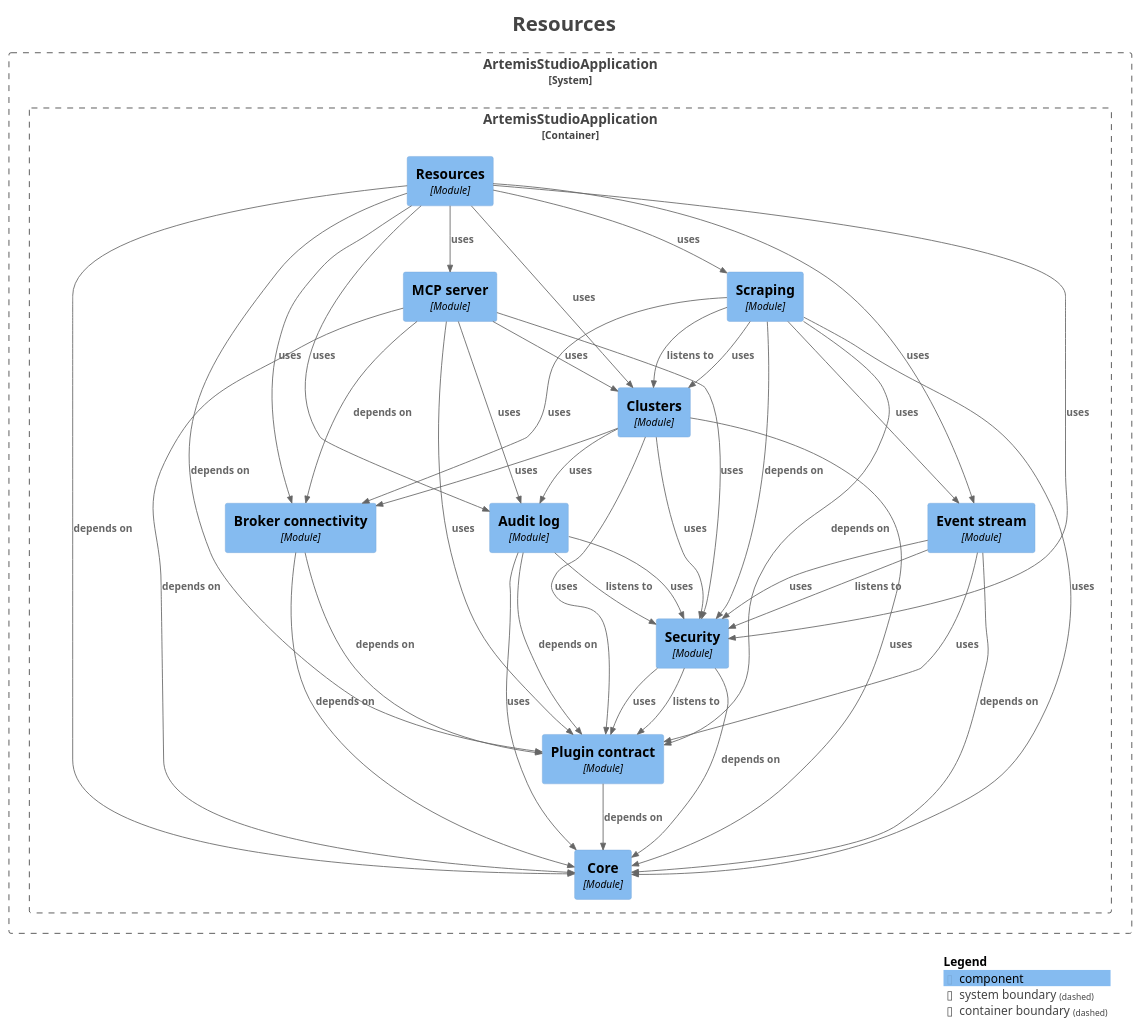
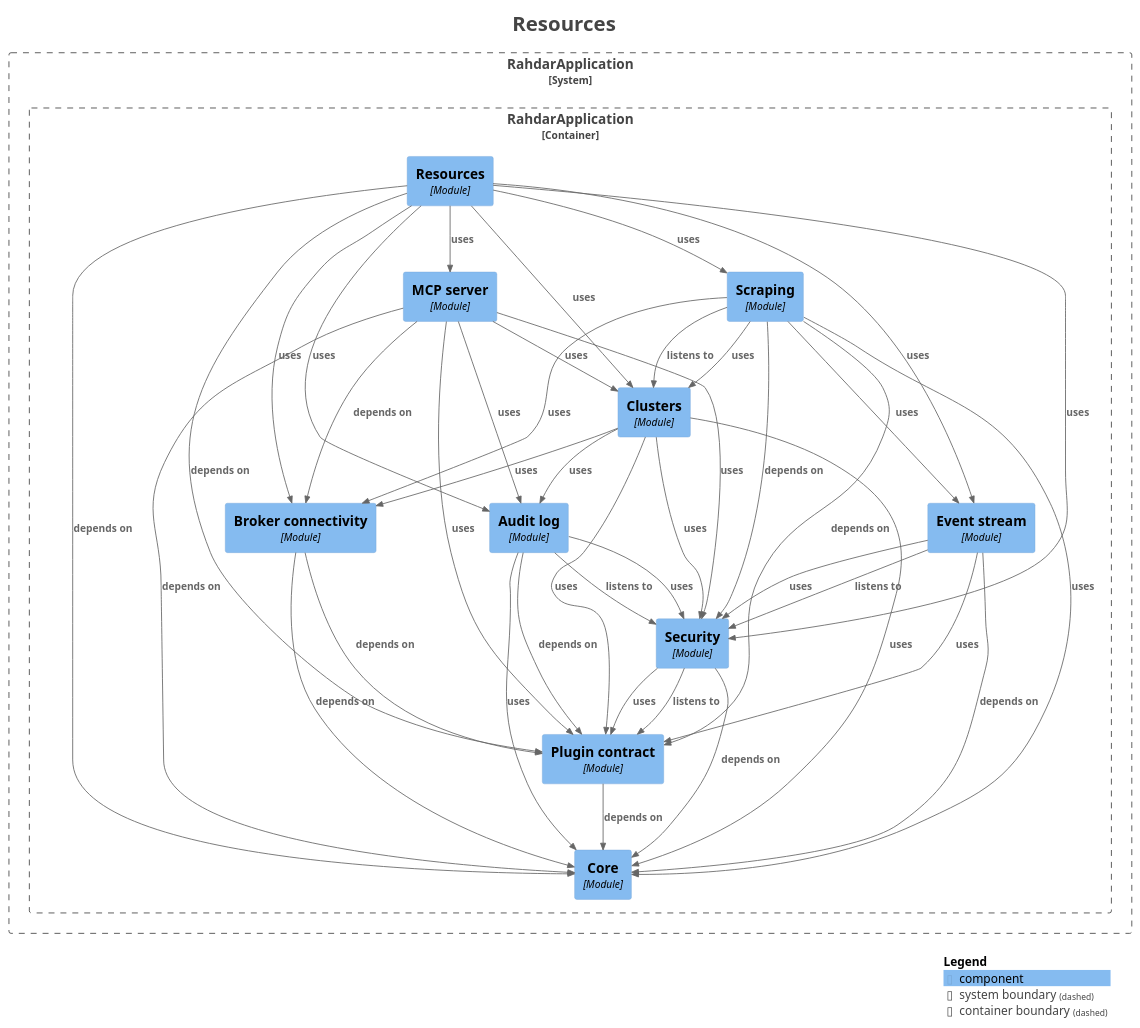
The diagram in docs/modules/module-feature.resources.puml (sudoitir/artemis-studio), drawn with PlantUML before and after one commit. The commit also changed 4323 other files, not shown here.

```diff
--- a/docs/modules/module-feature.resources.puml
+++ b/docs/modules/module-feature.resources.puml
@@ -15,63 +15,63 @@
 !include <C4/C4_Context>
 !include <C4/C4_Component>
 
-System_Boundary("ArtemisStudioApplication_boundary", "ArtemisStudioApplication", $tags="") {
-  Container_Boundary("ArtemisStudioApplication.ArtemisStudioApplication_boundary", "ArtemisStudioApplication", $tags="") {
-    Component(ArtemisStudioApplication.ArtemisStudioApplication.Auditlog, "Audit log", $techn="Module", $descr="", $tags="", $link="")
-    Component(ArtemisStudioApplication.ArtemisStudioApplication.Brokerconnectivity, "Broker connectivity", $techn="Module", $descr="", $tags="", $link="")
-    Component(ArtemisStudioApplication.ArtemisStudioApplication.Clusters, "Clusters", $techn="Module", $descr="", $tags="", $link="")
-    Component(ArtemisStudioApplication.ArtemisStudioApplication.Core, "Core", $techn="Module", $descr="", $tags="", $link="")
-    Component(ArtemisStudioApplication.ArtemisStudioApplication.Eventstream, "Event stream", $techn="Module", $descr="", $tags="", $link="")
-    Component(ArtemisStudioApplication.ArtemisStudioApplication.MCPserver, "MCP server", $techn="Module", $descr="", $tags="", $link="")
-    Component(ArtemisStudioApplication.ArtemisStudioApplication.Plugincontract, "Plugin contract", $techn="Module", $descr="", $tags="", $link="")
-    Component(ArtemisStudioApplication.ArtemisStudioApplication.Resources, "Resources", $techn="Module", $descr="", $tags="", $link="")
-    Component(ArtemisStudioApplication.ArtemisStudioApplication.Scraping, "Scraping", $techn="Module", $descr="", $tags="", $link="")
-    Component(ArtemisStudioApplication.ArtemisStudioApplication.Security, "Security", $techn="Module", $descr="", $tags="", $link="")
+System_Boundary("RahdarApplication_boundary", "RahdarApplication", $tags="") {
+  Container_Boundary("RahdarApplication.RahdarApplication_boundary", "RahdarApplication", $tags="") {
+    Component(RahdarApplication.RahdarApplication.Auditlog, "Audit log", $techn="Module", $descr="", $tags="", $link="")
+    Component(RahdarApplication.RahdarApplication.Brokerconnectivity, "Broker connectivity", $techn="Module", $descr="", $tags="", $link="")
+    Component(RahdarApplication.RahdarApplication.Clusters, "Clusters", $techn="Module", $descr="", $tags="", $link="")
+    Component(RahdarApplication.RahdarApplication.Core, "Core", $techn="Module", $descr="", $tags="", $link="")
+    Component(RahdarApplication.RahdarApplication.Eventstream, "Event stream", $techn="Module", $descr="", $tags="", $link="")
+    Component(RahdarApplication.RahdarApplication.MCPserver, "MCP server", $techn="Module", $descr="", $tags="", $link="")
+    Component(RahdarApplication.RahdarApplication.Plugincontract, "Plugin contract", $techn="Module", $descr="", $tags="", $link="")
+    Component(RahdarApplication.RahdarApplication.Resources, "Resources", $techn="Module", $descr="", $tags="", $link="")
+    Component(RahdarApplication.RahdarApplication.Scraping, "Scraping", $techn="Module", $descr="", $tags="", $link="")
+    Component(RahdarApplication.RahdarApplication.Security, "Security", $techn="Module", $descr="", $tags="", $link="")
   }
 
 }
 
-Rel(ArtemisStudioApplication.ArtemisStudioApplication.Auditlog, ArtemisStudioApplication.ArtemisStudioApplication.Core, "uses", $techn="", $tags="", $link="")
-Rel(ArtemisStudioApplication.ArtemisStudioApplication.Auditlog, ArtemisStudioApplication.ArtemisStudioApplication.Plugincontract, "depends on", $techn="", $tags="", $link="")
-Rel(ArtemisStudioApplication.ArtemisStudioApplication.Auditlog, ArtemisStudioApplication.ArtemisStudioApplication.Security, "listens to", $techn="", $tags="", $link="")
-Rel(ArtemisStudioApplication.ArtemisStudioApplication.Auditlog, ArtemisStudioApplication.ArtemisStudioApplication.Security, "uses", $techn="", $tags="", $link="")
-Rel(ArtemisStudioApplication.ArtemisStudioApplication.Brokerconnectivity, ArtemisStudioApplication.ArtemisStudioApplication.Core, "depends on", $techn="", $tags="", $link="")
-Rel(ArtemisStudioApplication.ArtemisStudioApplication.Brokerconnectivity, ArtemisStudioApplication.ArtemisStudioApplication.Plugincontract, "depends on", $techn="", $tags="", $link="")
-Rel(ArtemisStudioApplication.ArtemisStudioApplication.Clusters, ArtemisStudioApplication.ArtemisStudioApplication.Auditlog, "uses", $techn="", $tags="", $link="")
-Rel(ArtemisStudioApplication.ArtemisStudioApplication.Clusters, ArtemisStudioApplication.ArtemisStudioApplication.Brokerconnectivity, "uses", $techn="", $tags="", $link="")
-Rel(ArtemisStudioApplication.ArtemisStudioApplication.Clusters, ArtemisStudioApplication.ArtemisStudioApplication.Core, "uses", $techn="", $tags="", $link="")
-Rel(ArtemisStudioApplication.ArtemisStudioApplication.Clusters, ArtemisStudioApplication.ArtemisStudioApplication.Plugincontract, "uses", $techn="", $tags="", $link="")
-Rel(ArtemisStudioApplication.ArtemisStudioApplication.Clusters, ArtemisStudioApplication.ArtemisStudioApplication.Security, "uses", $techn="", $tags="", $link="")
-Rel(ArtemisStudioApplication.ArtemisStudioApplication.Eventstream, ArtemisStudioApplication.ArtemisStudioApplication.Core, "depends on", $techn="", $tags="", $link="")
-Rel(ArtemisStudioApplication.ArtemisStudioApplication.Eventstream, ArtemisStudioApplication.ArtemisStudioApplication.Plugincontract, "uses", $techn="", $tags="", $link="")
-Rel(ArtemisStudioApplication.ArtemisStudioApplication.Eventstream, ArtemisStudioApplication.ArtemisStudioApplication.Security, "listens to", $techn="", $tags="", $link="")
-Rel(ArtemisStudioApplication.ArtemisStudioApplication.Eventstream, ArtemisStudioApplication.ArtemisStudioApplication.Security, "uses", $techn="", $tags="", $link="")
-Rel(ArtemisStudioApplication.ArtemisStudioApplication.MCPserver, ArtemisStudioApplication.ArtemisStudioApplication.Auditlog, "uses", $techn="", $tags="", $link="")
-Rel(ArtemisStudioApplication.ArtemisStudioApplication.MCPserver, ArtemisStudioApplication.ArtemisStudioApplication.Brokerconnectivity, "depends on", $techn="", $tags="", $link="")
-Rel(ArtemisStudioApplication.ArtemisStudioApplication.MCPserver, ArtemisStudioApplication.ArtemisStudioApplication.Clusters, "uses", $techn="", $tags="", $link="")
-Rel(ArtemisStudioApplication.ArtemisStudioApplication.MCPserver, ArtemisStudioApplication.ArtemisStudioApplication.Core, "depends on", $techn="", $tags="", $link="")
-Rel(ArtemisStudioApplication.ArtemisStudioApplication.MCPserver, ArtemisStudioApplication.ArtemisStudioApplication.Plugincontract, "uses", $techn="", $tags="", $link="")
-Rel(ArtemisStudioApplication.ArtemisStudioApplication.MCPserver, ArtemisStudioApplication.ArtemisStudioApplication.Security, "uses", $techn="", $tags="", $link="")
-Rel(ArtemisStudioApplication.ArtemisStudioApplication.Plugincontract, ArtemisStudioApplication.ArtemisStudioApplication.Core, "depends on", $techn="", $tags="", $link="")
-Rel(ArtemisStudioApplication.ArtemisStudioApplication.Resources, ArtemisStudioApplication.ArtemisStudioApplication.Auditlog, "uses", $techn="", $tags="", $link="")
-Rel(ArtemisStudioApplication.ArtemisStudioApplication.Resources, ArtemisStudioApplication.ArtemisStudioApplication.Brokerconnectivity, "uses", $techn="", $tags="", $link="")
-Rel(ArtemisStudioApplication.ArtemisStudioApplication.Resources, ArtemisStudioApplication.ArtemisStudioApplication.Clusters, "uses", $techn="", $tags="", $link="")
-Rel(ArtemisStudioApplication.ArtemisStudioApplication.Resources, ArtemisStudioApplication.ArtemisStudioApplication.Core, "depends on", $techn="", $tags="", $link="")
-Rel(ArtemisStudioApplication.ArtemisStudioApplication.Resources, ArtemisStudioApplication.ArtemisStudioApplication.Eventstream, "uses", $techn="", $tags="", $link="")
-Rel(ArtemisStudioApplication.ArtemisStudioApplication.Resources, ArtemisStudioApplication.ArtemisStudioApplication.MCPserver, "uses", $techn="", $tags="", $link="")
-Rel(ArtemisStudioApplication.ArtemisStudioApplication.Resources, ArtemisStudioApplication.ArtemisStudioApplication.Plugincontract, "depends on", $techn="", $tags="", $link="")
-Rel(ArtemisStudioApplication.ArtemisStudioApplication.Resources, ArtemisStudioApplication.ArtemisStudioApplication.Scraping, "uses", $techn="", $tags="", $link="")
-Rel(ArtemisStudioApplication.ArtemisStudioApplication.Resources, ArtemisStudioApplication.ArtemisStudioApplication.Security, "uses", $techn="", $tags="", $link="")
-Rel(ArtemisStudioApplication.ArtemisStudioApplication.Scraping, ArtemisStudioApplication.ArtemisStudioApplication.Brokerconnectivity, "uses", $techn="", $tags="", $link="")
-Rel(ArtemisStudioApplication.ArtemisStudioApplication.Scraping, ArtemisStudioApplication.ArtemisStudioApplication.Clusters, "listens to", $techn="", $tags="", $link="")
-Rel(ArtemisStudioApplication.ArtemisStudioApplication.Scraping, ArtemisStudioApplication.ArtemisStudioApplication.Clusters, "uses", $techn="", $tags="", $link="")
-Rel(ArtemisStudioApplication.ArtemisStudioApplication.Scraping, ArtemisStudioApplication.ArtemisStudioApplication.Core, "uses", $techn="", $tags="", $link="")
-Rel(ArtemisStudioApplication.ArtemisStudioApplication.Scraping, ArtemisStudioApplication.ArtemisStudioApplication.Eventstream, "uses", $techn="", $tags="", $link="")
-Rel(ArtemisStudioApplication.ArtemisStudioApplication.Scraping, ArtemisStudioApplication.ArtemisStudioApplication.Plugincontract, "depends on", $techn="", $tags="", $link="")
-Rel(ArtemisStudioApplication.ArtemisStudioApplication.Scraping, ArtemisStudioApplication.ArtemisStudioApplication.Security, "depends on", $techn="", $tags="", $link="")
-Rel(ArtemisStudioApplication.ArtemisStudioApplication.Security, ArtemisStudioApplication.ArtemisStudioApplication.Core, "depends on", $techn="", $tags="", $link="")
-Rel(ArtemisStudioApplication.ArtemisStudioApplication.Security, ArtemisStudioApplication.ArtemisStudioApplication.Plugincontract, "listens to", $techn="", $tags="", $link="")
-Rel(ArtemisStudioApplication.ArtemisStudioApplication.Security, ArtemisStudioApplication.ArtemisStudioApplication.Plugincontract, "uses", $techn="", $tags="", $link="")
+Rel(RahdarApplication.RahdarApplication.Auditlog, RahdarApplication.RahdarApplication.Core, "uses", $techn="", $tags="", $link="")
+Rel(RahdarApplication.RahdarApplication.Auditlog, RahdarApplication.RahdarApplication.Plugincontract, "depends on", $techn="", $tags="", $link="")
+Rel(RahdarApplication.RahdarApplication.Auditlog, RahdarApplication.RahdarApplication.Security, "listens to", $techn="", $tags="", $link="")
+Rel(RahdarApplication.RahdarApplication.Auditlog, RahdarApplication.RahdarApplication.Security, "uses", $techn="", $tags="", $link="")
+Rel(RahdarApplication.RahdarApplication.Brokerconnectivity, RahdarApplication.RahdarApplication.Core, "depends on", $techn="", $tags="", $link="")
+Rel(RahdarApplication.RahdarApplication.Brokerconnectivity, RahdarApplication.RahdarApplication.Plugincontract, "depends on", $techn="", $tags="", $link="")
+Rel(RahdarApplication.RahdarApplication.Clusters, RahdarApplication.RahdarApplication.Auditlog, "uses", $techn="", $tags="", $link="")
+Rel(RahdarApplication.RahdarApplication.Clusters, RahdarApplication.RahdarApplication.Brokerconnectivity, "uses", $techn="", $tags="", $link="")
+Rel(RahdarApplication.RahdarApplication.Clusters, RahdarApplication.RahdarApplication.Core, "uses", $techn="", $tags="", $link="")
+Rel(RahdarApplication.RahdarApplication.Clusters, RahdarApplication.RahdarApplication.Plugincontract, "uses", $techn="", $tags="", $link="")
+Rel(RahdarApplication.RahdarApplication.Clusters, RahdarApplication.RahdarApplication.Security, "uses", $techn="", $tags="", $link="")
+Rel(RahdarApplication.RahdarApplication.Eventstream, RahdarApplication.RahdarApplication.Core, "depends on", $techn="", $tags="", $link="")
+Rel(RahdarApplication.RahdarApplication.Eventstream, RahdarApplication.RahdarApplication.Plugincontract, "uses", $techn="", $tags="", $link="")
+Rel(RahdarApplication.RahdarApplication.Eventstream, RahdarApplication.RahdarApplication.Security, "listens to", $techn="", $tags="", $link="")
+Rel(RahdarApplication.RahdarApplication.Eventstream, RahdarApplication.RahdarApplication.Security, "uses", $techn="", $tags="", $link="")
+Rel(RahdarApplication.RahdarApplication.MCPserver, RahdarApplication.RahdarApplication.Auditlog, "uses", $techn="", $tags="", $link="")
+Rel(RahdarApplication.RahdarApplication.MCPserver, RahdarApplication.RahdarApplication.Brokerconnectivity, "depends on", $techn="", $tags="", $link="")
+Rel(RahdarApplication.RahdarApplication.MCPserver, RahdarApplication.RahdarApplication.Clusters, "uses", $techn="", $tags="", $link="")
+Rel(RahdarApplication.RahdarApplication.MCPserver, RahdarApplication.RahdarApplication.Core, "depends on", $techn="", $tags="", $link="")
+Rel(RahdarApplication.RahdarApplication.MCPserver, RahdarApplication.RahdarApplication.Plugincontract, "uses", $techn="", $tags="", $link="")
+Rel(RahdarApplication.RahdarApplication.MCPserver, RahdarApplication.RahdarApplication.Security, "uses", $techn="", $tags="", $link="")
+Rel(RahdarApplication.RahdarApplication.Plugincontract, RahdarApplication.RahdarApplication.Core, "depends on", $techn="", $tags="", $link="")
+Rel(RahdarApplication.RahdarApplication.Resources, RahdarApplication.RahdarApplication.Auditlog, "uses", $techn="", $tags="", $link="")
+Rel(RahdarApplication.RahdarApplication.Resources, RahdarApplication.RahdarApplication.Brokerconnectivity, "uses", $techn="", $tags="", $link="")
+Rel(RahdarApplication.RahdarApplication.Resources, RahdarApplication.RahdarApplication.Clusters, "uses", $techn="", $tags="", $link="")
+Rel(RahdarApplication.RahdarApplication.Resources, RahdarApplication.RahdarApplication.Core, "depends on", $techn="", $tags="", $link="")
+Rel(RahdarApplication.RahdarApplication.Resources, RahdarApplication.RahdarApplication.Eventstream, "uses", $techn="", $tags="", $link="")
+Rel(RahdarApplication.RahdarApplication.Resources, RahdarApplication.RahdarApplication.MCPserver, "uses", $techn="", $tags="", $link="")
+Rel(RahdarApplication.RahdarApplication.Resources, RahdarApplication.RahdarApplication.Plugincontract, "depends on", $techn="", $tags="", $link="")
+Rel(RahdarApplication.RahdarApplication.Resources, RahdarApplication.RahdarApplication.Scraping, "uses", $techn="", $tags="", $link="")
+Rel(RahdarApplication.RahdarApplication.Resources, RahdarApplication.RahdarApplication.Security, "uses", $techn="", $tags="", $link="")
+Rel(RahdarApplication.RahdarApplication.Scraping, RahdarApplication.RahdarApplication.Brokerconnectivity, "uses", $techn="", $tags="", $link="")
+Rel(RahdarApplication.RahdarApplication.Scraping, RahdarApplication.RahdarApplication.Clusters, "listens to", $techn="", $tags="", $link="")
+Rel(RahdarApplication.RahdarApplication.Scraping, RahdarApplication.RahdarApplication.Clusters, "uses", $techn="", $tags="", $link="")
+Rel(RahdarApplication.RahdarApplication.Scraping, RahdarApplication.RahdarApplication.Core, "uses", $techn="", $tags="", $link="")
+Rel(RahdarApplication.RahdarApplication.Scraping, RahdarApplication.RahdarApplication.Eventstream, "uses", $techn="", $tags="", $link="")
+Rel(RahdarApplication.RahdarApplication.Scraping, RahdarApplication.RahdarApplication.Plugincontract, "depends on", $techn="", $tags="", $link="")
+Rel(RahdarApplication.RahdarApplication.Scraping, RahdarApplication.RahdarApplication.Security, "depends on", $techn="", $tags="", $link="")
+Rel(RahdarApplication.RahdarApplication.Security, RahdarApplication.RahdarApplication.Core, "depends on", $techn="", $tags="", $link="")
+Rel(RahdarApplication.RahdarApplication.Security, RahdarApplication.RahdarApplication.Plugincontract, "listens to", $techn="", $tags="", $link="")
+Rel(RahdarApplication.RahdarApplication.Security, RahdarApplication.RahdarApplication.Plugincontract, "uses", $techn="", $tags="", $link="")
 
 SHOW_LEGEND(true)
 hide stereotypes
```
